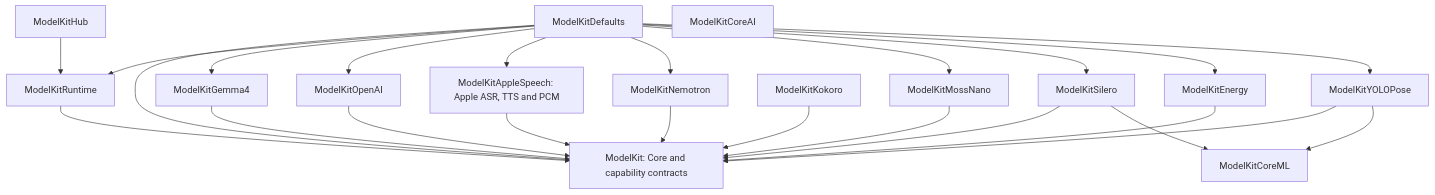
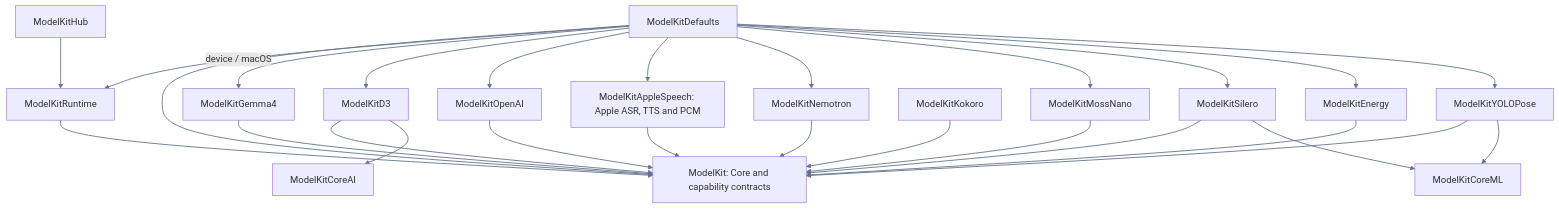
Before and after one commit to devilyouwei/MobileHarness: the third of 3 diagrams in MobileHarness/ModelKit/README.md, drawn with Mermaid. The commit also changed other lines of this file and 115 other files, not shown here.

````diff
--- a/MobileHarness/ModelKit/README.md
+++ b/MobileHarness/ModelKit/README.md
@@ -51,41 +62,46 @@
 ```mermaid
 flowchart TD
  ModelKitDefaults[ModelKitDefaults]
  ModelKitRuntime[ModelKitRuntime]
  ModelKitHub[ModelKitHub]
  ModelKit[ModelKit: Core and capability contracts]
  ModelKitCoreAI[ModelKitCoreAI]
+ ModelKitD3[ModelKitD3]
  ModelKitCoreML[ModelKitCoreML]
  ModelKitGemma4[ModelKitGemma4]
  ModelKitOpenAI[ModelKitOpenAI]
  ModelKitAppleSpeech[ModelKitAppleSpeech: Apple ASR, TTS and PCM]
  ModelKitNemotron[ModelKitNemotron]
  ModelKitMossNano[ModelKitMossNano]
  ModelKitKokoro[ModelKitKokoro]
  ModelKitSilero[ModelKitSilero]
  ModelKitEnergy[ModelKitEnergy]
  ModelKitYOLOPose[ModelKitYOLOPose]
  ModelKitDefaults --> ModelKit
  ModelKitDefaults --> ModelKitRuntime
- ModelKitDefaults --> ModelKitGemma4
+ ModelKitDefaults -->|device / macOS| ModelKitGemma4
+ ModelKitDefaults --> ModelKitD3
  ModelKitDefaults --> ModelKitOpenAI
  ModelKitDefaults --> ModelKitAppleSpeech
  ModelKitDefaults --> ModelKitNemotron
  ModelKitDefaults --> ModelKitMossNano
  ModelKitDefaults --> ModelKitSilero
  ModelKitDefaults --> ModelKitEnergy
  ModelKitDefaults --> ModelKitYOLOPose
  ModelKitRuntime --> ModelKit
  ModelKitHub --> ModelKitRuntime
  ModelKitGemma4 --> ModelKit
+ ModelKitD3 --> ModelKit
+ ModelKitD3 --> ModelKitCoreAI
  ModelKitOpenAI --> ModelKit
  ModelKitAppleSpeech --> ModelKit
  ModelKitNemotron --> ModelKit
  ModelKitMossNano --> ModelKit
  ModelKitKokoro --> ModelKit
  ModelKitSilero --> ModelKit
  ModelKitSilero --> ModelKitCoreML
  ModelKitEnergy --> ModelKit
  ModelKitYOLOPose --> ModelKit
  ModelKitYOLOPose --> ModelKitCoreML
+    linkStyle default stroke:#64748b,stroke-width:1.5px
 ```
````
